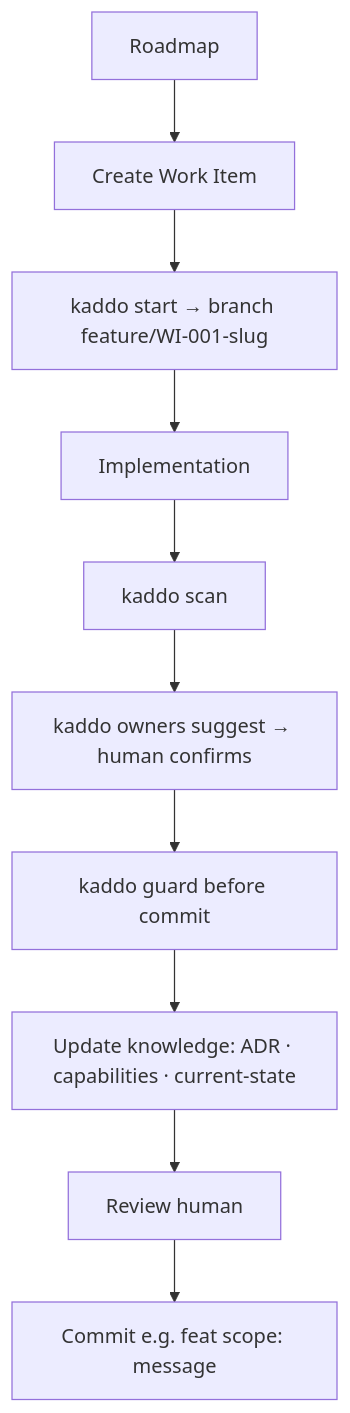
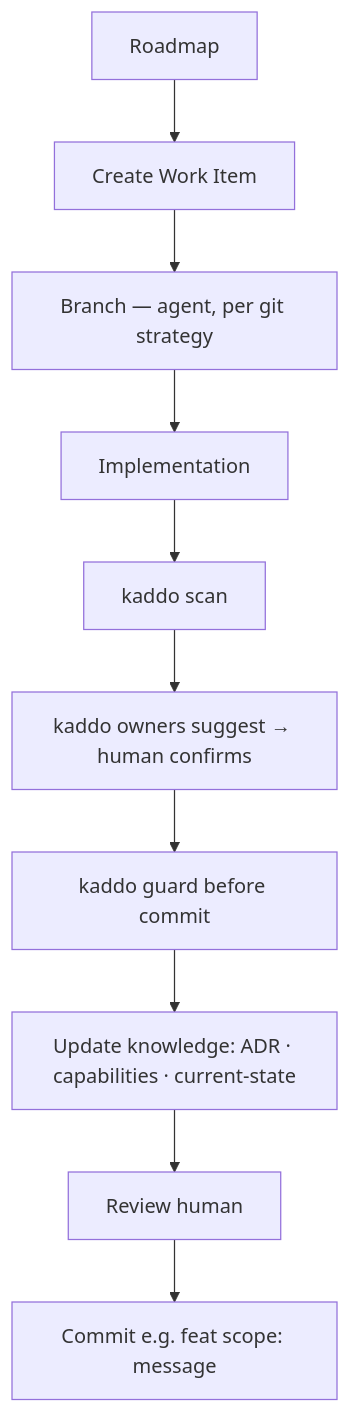
The ninth of 12 diagrams in apps/docs/src/content/docs/visual-guide.md (Kaddo-kdd/kaddo), drawn with Mermaid before and after one commit. The commit also changed other lines of this file and 20 other files, not shown here.

First line of the commit message:
refactor(cli): branch-first is agent config, not a CLI command (VS-036 corrected)

````diff
--- a/apps/docs/src/content/docs/visual-guide.md
+++ b/apps/docs/src/content/docs/visual-guide.md
@@ -232,12 +233,12 @@
 ```mermaid
 flowchart TD
     A[Roadmap] --> B[Create Work Item]
-    B --> C[kaddo start → branch feature/WI-001-slug]
+    B --> C[Branch — agent, per git strategy]
     C --> D[Implementation]
     D --> E[kaddo scan]
     E --> F[kaddo owners suggest → human confirms]
     F --> G[kaddo guard before commit]
     G --> H[Update knowledge: ADR · capabilities · current-state]
     H --> I[Review human]
     I --> J[Commit e.g. feat scope: message]
 ```
````
